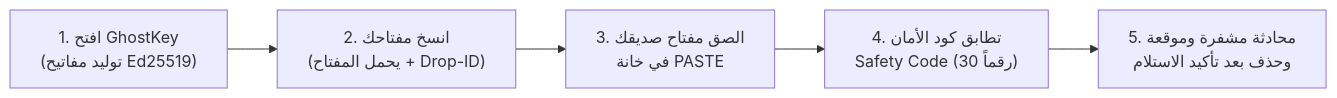
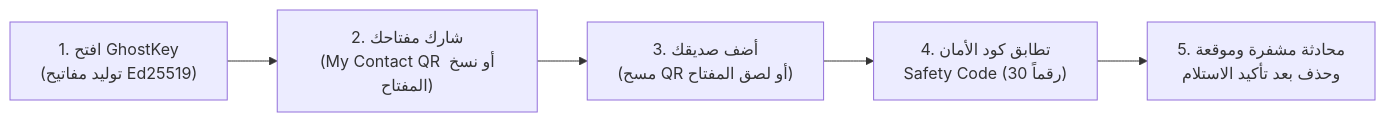
One commit to ahmed-elbasyony123/Anti-jail changed the second of 2 diagrams in README.md. Above: the diagram before and after it, drawn with Mermaid. The commit also changed other lines of this file and 1 other file, not shown here.

````diff
--- a/README.md
+++ b/README.md
@@ -165,7 +165,7 @@
 ```mermaid
 flowchart LR
-    A["1. افتح GhostKey\n(توليد مفاتيح Ed25519)"] --> B["2. انسخ مفتاحك\n(يحمل المفتاح + Drop-ID)"]
-    B --> C["3. الصق مفتاح صديقك\nفي خانة PASTE"]
+    A["1. افتح GhostKey\n(توليد مفاتيح Ed25519)"] --> B["2. شارك مفتاحك\n(My Contact QR أو نسخ المفتاح)"]
+    B --> C["3. أضف صديقك\n(مسح QR أو لصق المفتاح)"]
     C --> D["4. تطابق كود الأمان\nSafety Code (30 رقماً)"]
     D --> E["5. محادثة مشفرة وموقعة\nوحذف بعد تأكيد الاستلام"]
 ```
````
